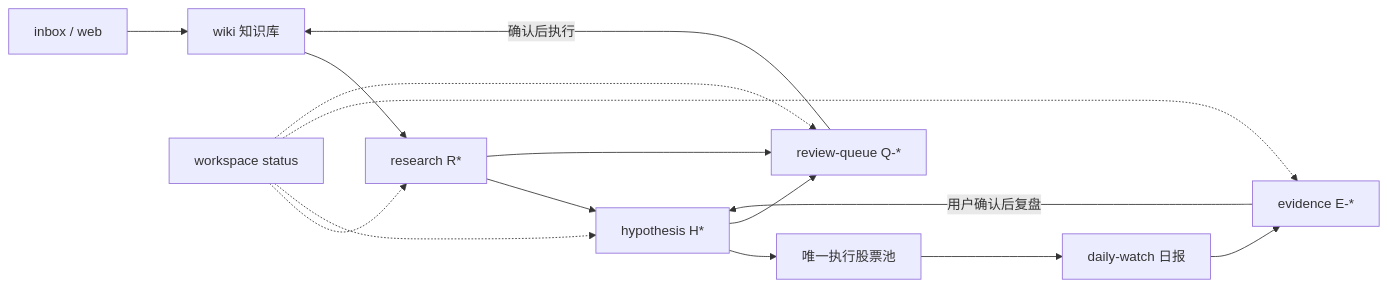
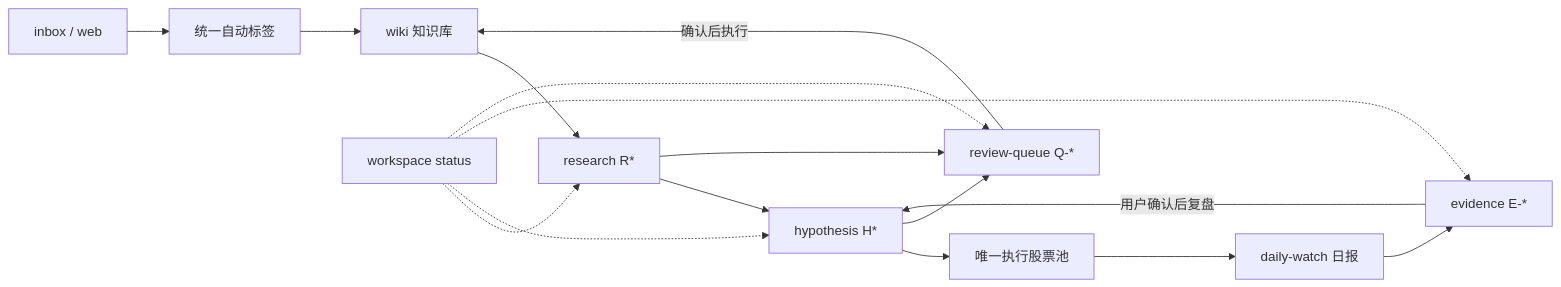
Before and after one commit to Benboerba620/ai-workspace-hub: the diagram in README.md, drawn with Mermaid. The commit also changed other lines of this file and 51 other files, not shown here.

````diff
--- a/README.md
+++ b/README.md
@@ -132,17 +132,18 @@
 ```mermaid
 flowchart LR
-    IN["inbox / web"] --> KB["wiki 知识库"]
+    IN["inbox / web"] --> TAG["统一自动标签"]
+    TAG --> KB["wiki 知识库"]
     KB --> R["research R*"]
     R --> H["hypothesis H*"]
     H --> W["唯一执行股票池"]
     W --> D["daily-watch 日报"]
     D --> E["evidence E-*"]
     E -->|"用户确认后复盘"| H
     R --> Q["review-queue Q-*"]
     H --> Q
     Q -->|"确认后执行"| KB
     S["workspace status"] -.-> R
     S -.-> H
     S -.-> E
     S -.-> Q
 ```
````
